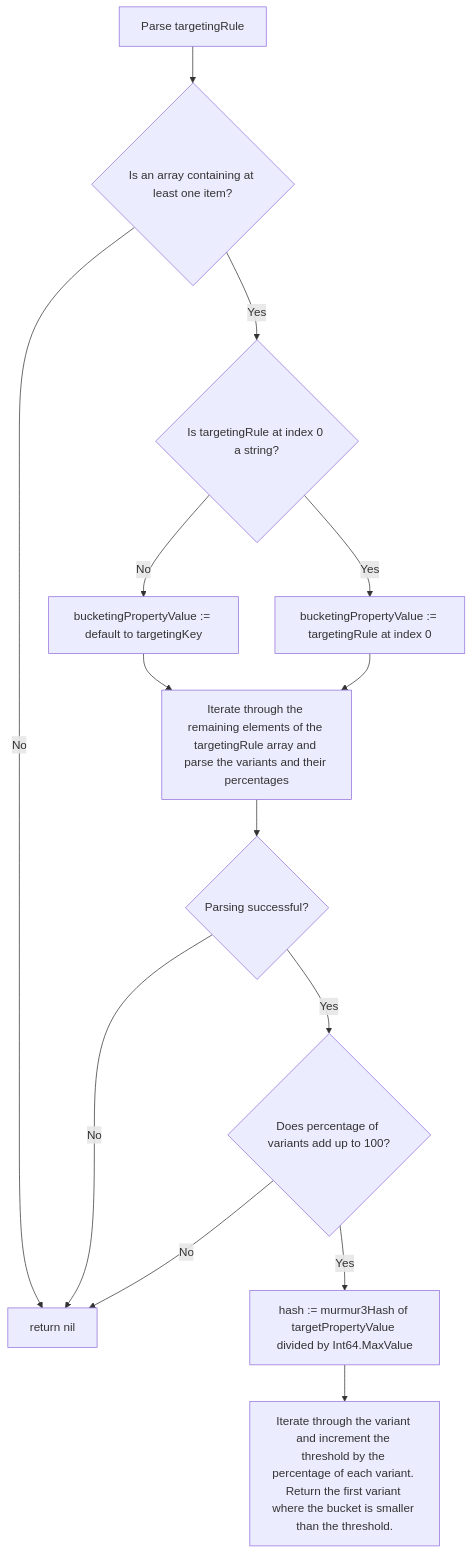
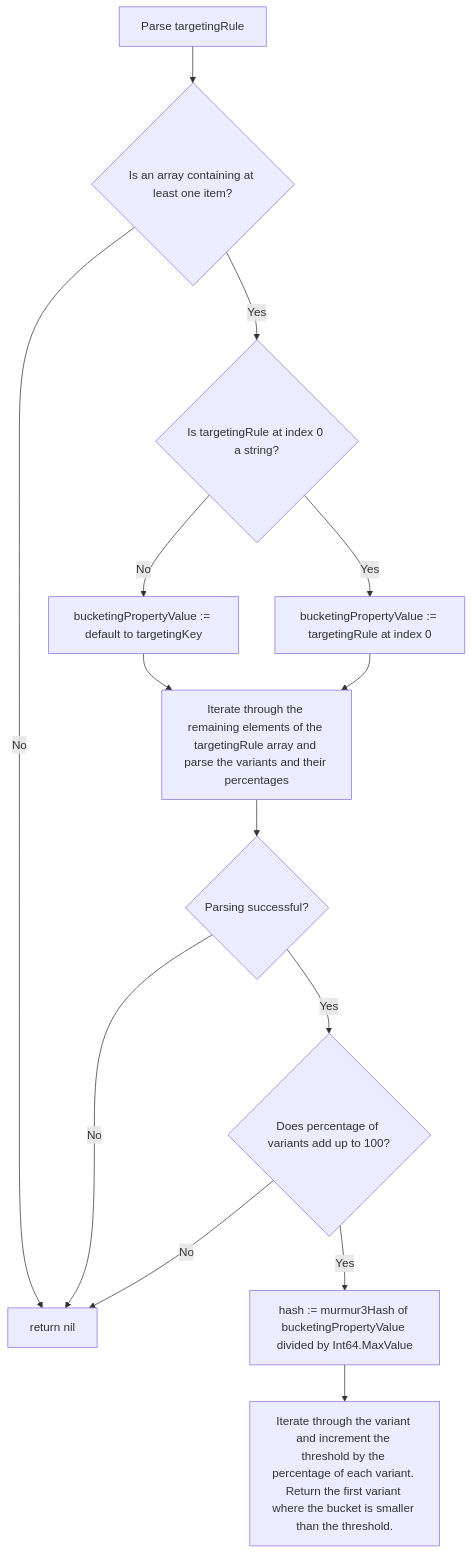
Before and after one commit to open-feature/flagd: the diagram in docs/other_resources/in-process-providers/evaluators/fractional_evaluation.md, drawn with Mermaid.

````diff
--- a/docs/other_resources/in-process-providers/evaluators/fractional_evaluation.md
+++ b/docs/other_resources/in-process-providers/evaluators/fractional_evaluation.md
@@ -60,16 +60,16 @@
 ```mermaid
 flowchart TD
 A[Parse targetingRule] --> B{Is an array containing at least one item?};
 B -- Yes --> C{Is targetingRule at index 0 a string?};
 B -- No --> D[return nil]
 C -- No --> E[bucketingPropertyValue := default to targetingKey];
 C -- Yes --> F[bucketingPropertyValue := targetingRule at index 0];
 E --> G[Iterate through the remaining elements of the targetingRule array and parse the variants and their percentages];
 F --> G;
 G --> H{Parsing successful?};
 H -- No --> D;
 H -- Yes --> I{Does percentage of variants add up to 100?};
 I -- No --> D;
-I -- Yes --> J[hash := murmur3Hash of targetPropertyValue divided by Int64.MaxValue]
+I -- Yes --> J[hash := murmur3Hash of bucketingPropertyValue divided by Int64.MaxValue]
 J --> K[Iterate through the variant and increment the threshold by the percentage of each variant. Return the first variant where the bucket is smaller than the threshold.]
 ```
````
